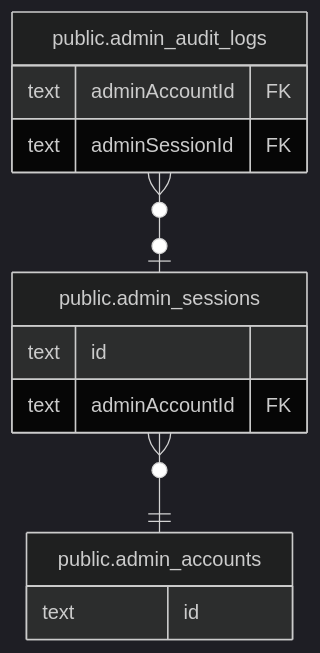
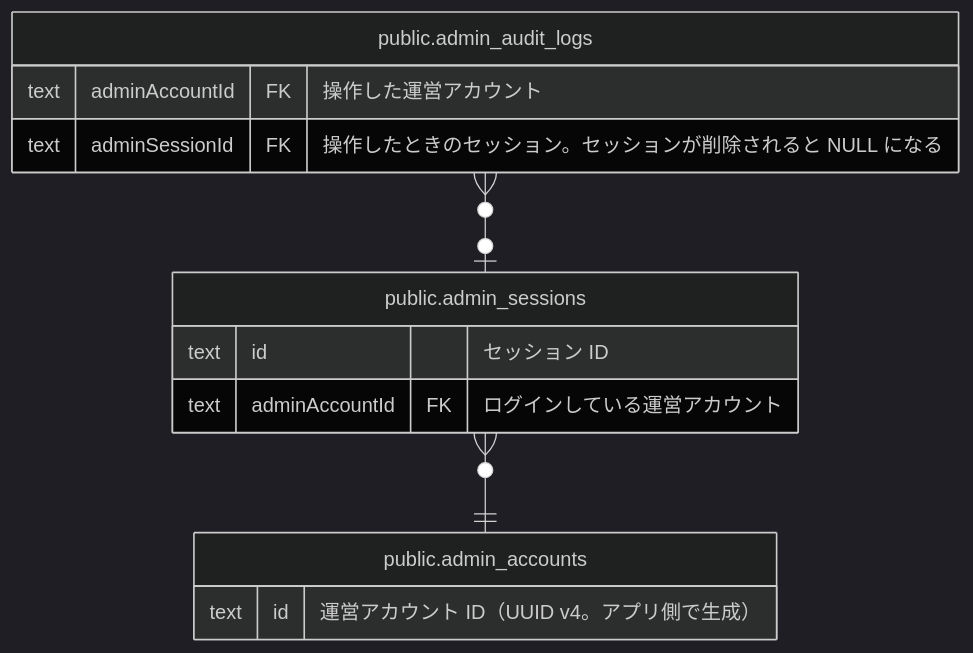
Before and after one commit to Physicalfunding/PhysiFun: the diagram in docs/db/public.admin_sessions.md, drawn with Mermaid (dark theme). The commit also changed other lines of this file and 23 other files, not shown here.

````diff
--- a/docs/db/public.admin_sessions.md
+++ b/docs/db/public.admin_sessions.md
@@ -38,18 +42,18 @@
 ```mermaid
 erDiagram
 
 "public.admin_audit_logs" }o--o| "public.admin_sessions" : ""
 "public.admin_sessions" }o--|| "public.admin_accounts" : ""
 
 "public.admin_sessions" {
-  text id ""
-  text adminAccountId FK ""
+  text id "セッション ID"
+  text adminAccountId FK "ログインしている運営アカウント"
 }
 "public.admin_audit_logs" {
-  text adminAccountId FK ""
-  text adminSessionId FK ""
+  text adminAccountId FK "操作した運営アカウント"
+  text adminSessionId FK "操作したときのセッション。セッションが削除されると NULL になる"
 }
 "public.admin_accounts" {
-  text id ""
+  text id "運営アカウント ID（UUID v4。アプリ側で生成）"
 }
 ```
````
